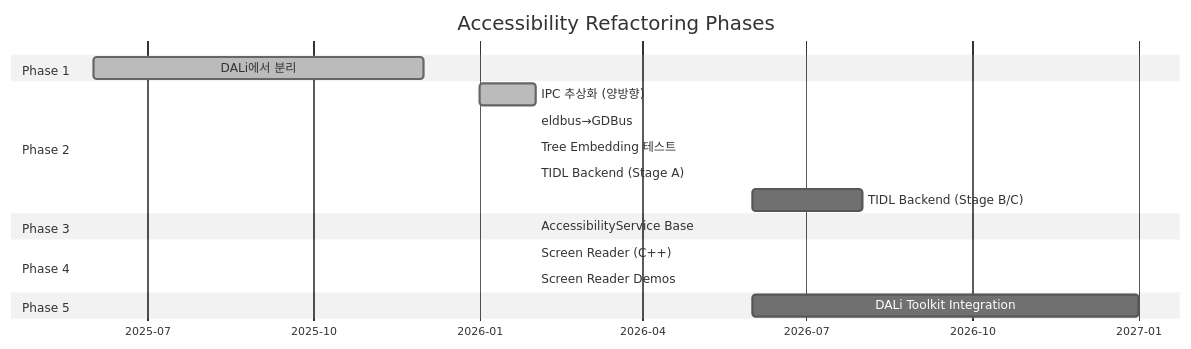
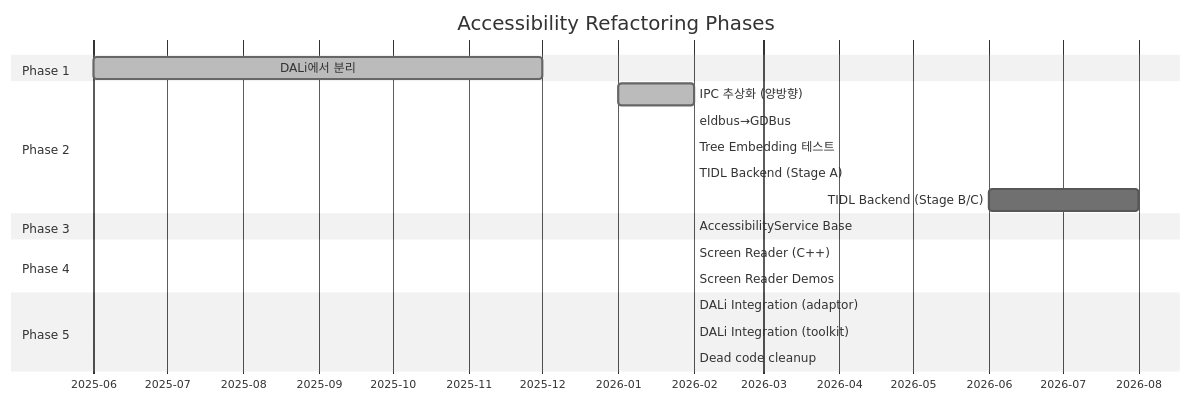
Before and after one commit to zard17/accessibility-common: the second of 14 diagrams in docs/architecture-overview.md, drawn with Mermaid (neutral theme). The commit also changed other lines of this file and 2 other files, not shown here.

````diff
--- a/docs/architecture-overview.md
+++ b/docs/architecture-overview.md
@@ -37,26 +37,28 @@
 ```mermaid
 gantt
     title Accessibility Refactoring Phases
     dateFormat YYYY-MM
     axisFormat %Y-%m
 
     section Phase 1
     DALi에서 분리              :done, p1, 2025-06, 2025-12
 
     section Phase 2
     IPC 추상화 (양방향)          :done, p2, 2026-01, 2026-02
     eldbus→GDBus               :done, p25, 2026-02, 2026-02
     Tree Embedding 테스트        :done, p27, 2026-02, 2026-02
     TIDL Backend (Stage A)      :done, p26a, 2026-02, 2026-02
     TIDL Backend (Stage B/C)    :p26bc, 2026-06, 2026-08
 
     section Phase 3
     AccessibilityService Base   :done, p3, 2026-02, 2026-02
 
     section Phase 4
     Screen Reader (C++)         :done, p4a, 2026-02, 2026-02
     Screen Reader Demos         :done, p45, 2026-02, 2026-02
 
     section Phase 5
-    DALi Toolkit Integration    :p5, 2026-06, 2027-01
+    DALi Integration (adaptor)  :done, p5a, 2026-02, 2026-02
+    DALi Integration (toolkit)  :done, p5b, 2026-02, 2026-02
+    Dead code cleanup           :done, p5c, 2026-02, 2026-02
 ```
````
